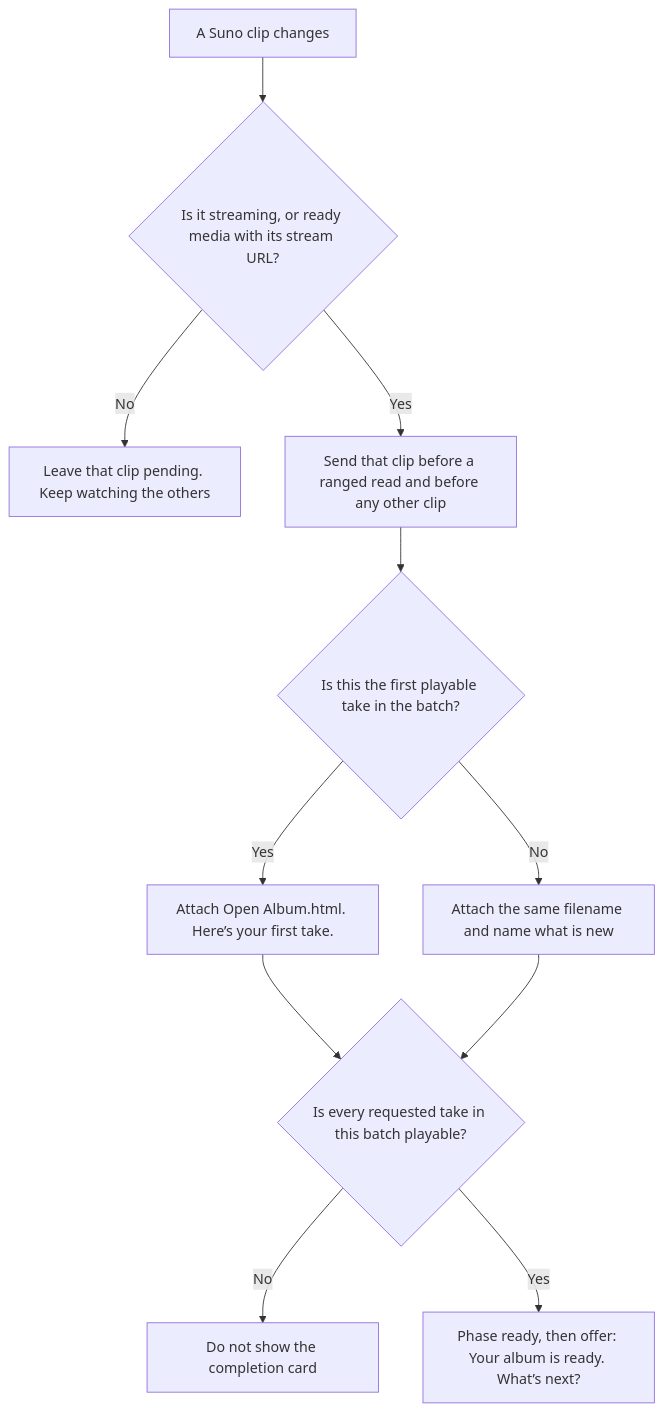
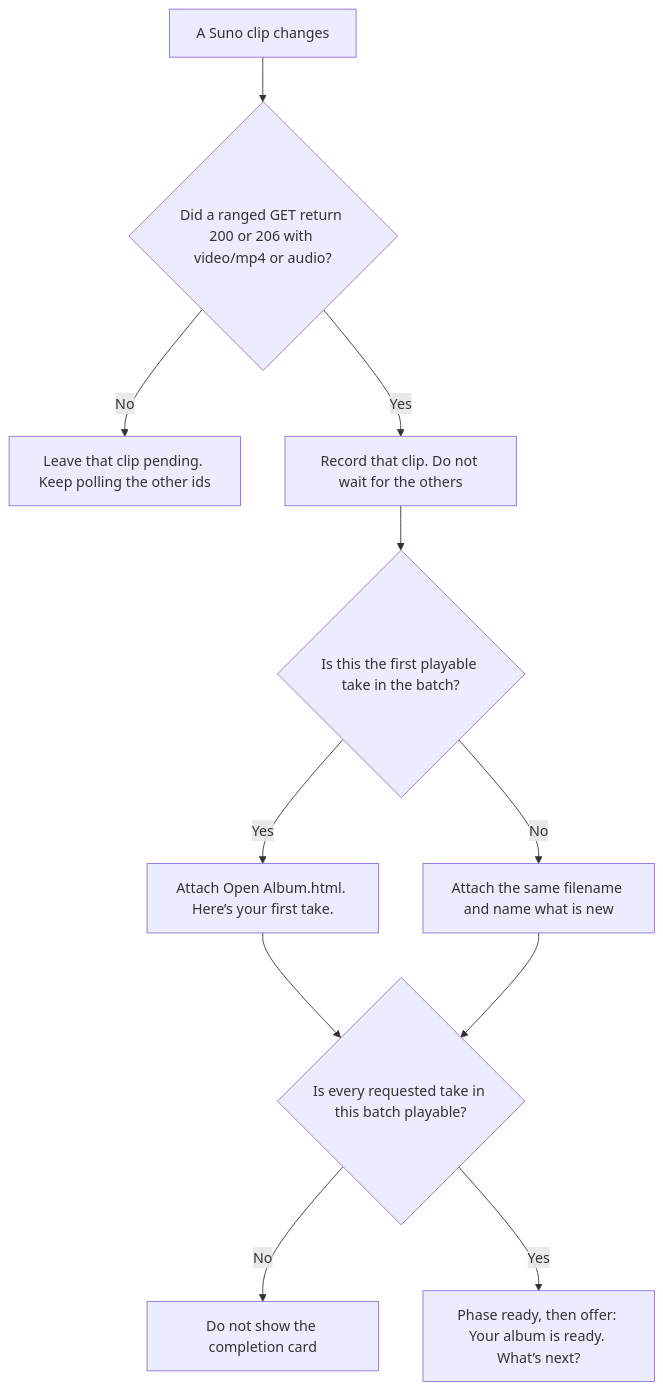
One commit to sashakhad/album-kit changed the fourth of 6 diagrams in docs/decision-charts.md. Above: the diagram before and after it, drawn with Mermaid. The commit also changed other lines of this file and 13 other files, not shown here.

````diff
--- a/docs/decision-charts.md
+++ b/docs/decision-charts.md
@@ -81,13 +81,13 @@
 ```mermaid
 flowchart TD
-  clip["A Suno clip changes"] --> ready{"Is it streaming, or ready media with its stream URL?"}
-  ready -->|No| wait["Leave that clip pending. Keep watching the others"]
-  ready -->|Yes| record["Send that clip before a ranged read and before any other clip"]
+  clip["A Suno clip changes"] --> ready{"Did a ranged GET return 200 or 206 with video/mp4 or audio?"}
+  ready -->|No| wait["Leave that clip pending. Keep polling the other ids"]
+  ready -->|Yes| record["Record that clip. Do not wait for the others"]
   record --> first{"Is this the first playable take in the batch?"}
   first -->|Yes| sendFirst["Attach Open Album.html. Here’s your first take."]
   first -->|No| sendMore["Attach the same filename and name what is new"]
   sendFirst --> done{"Is every requested take in this batch playable?"}
   sendMore --> done
   done -->|No| watch["Do not show the completion card"]
   done -->|Yes| card["Phase ready, then offer: Your album is ready. What’s next?"]
 ```
````
